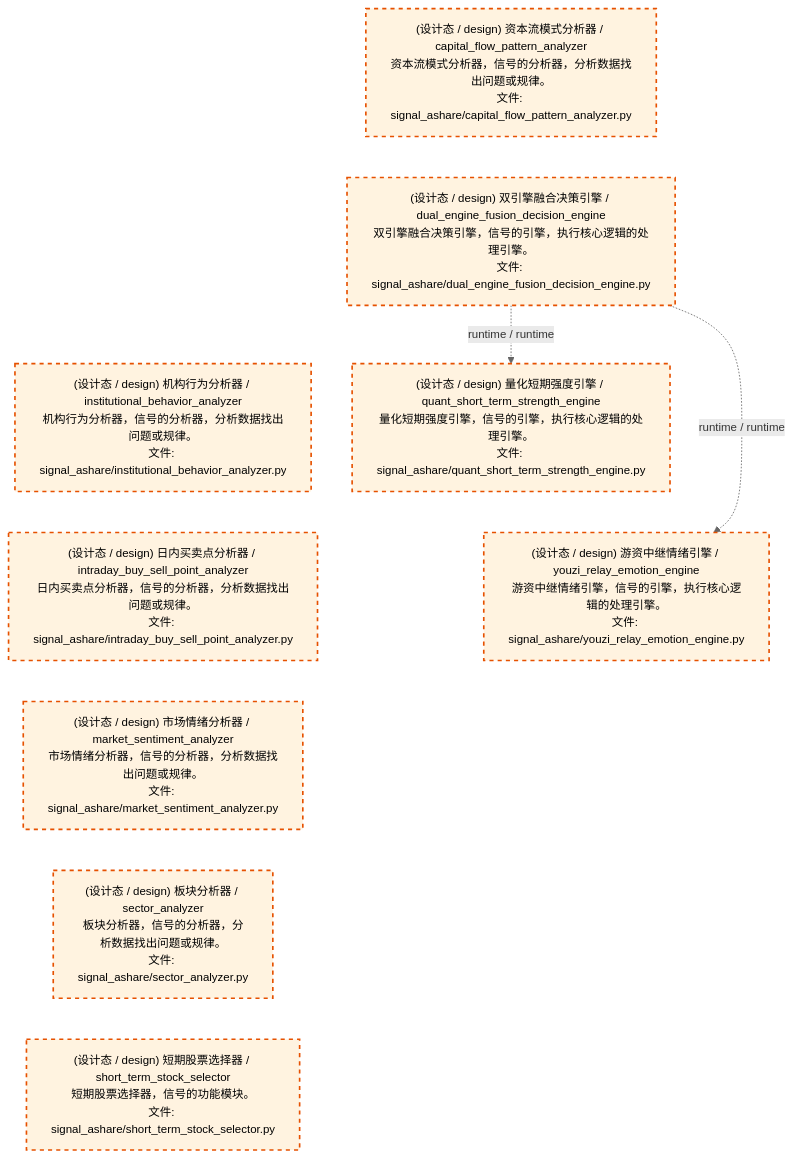
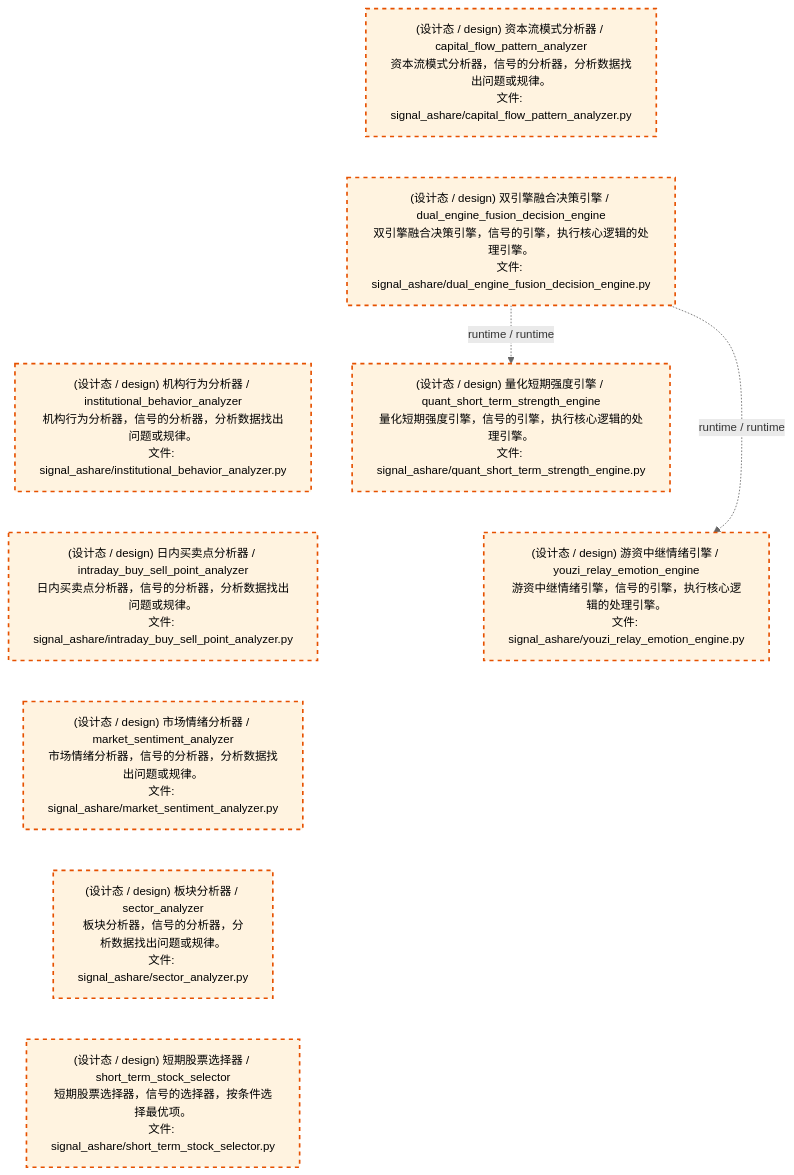
The third of 4 diagrams in docs/02_enterprise_architecture/02_domain_architecture_docs/32_d_ashare_signal.md (xuanFelixVan/ZephyrAlpha), drawn with Mermaid before and after one commit. The commit also changed other lines of this file and 50 other files, not shown here.

````diff
--- a/docs/02_enterprise_architecture/02_domain_architecture_docs/32_d_ashare_signal.md
+++ b/docs/02_enterprise_architecture/02_domain_architecture_docs/32_d_ashare_signal.md
@@ -130,27 +130,27 @@
 ```mermaid
 %%{init: {'theme': 'base', 'themeVariables': {'primaryColor': '#eaeaea', 'primaryTextColor': '#333333', 'primaryBorderColor': '#666666', 'lineColor': '#666666', 'secondaryColor': '#eaeaea', 'tertiaryColor': '#eaeaea', 'fontSize': '14px'}}}%%
 flowchart TD
     src_zephyr_signal_ashare_capital_flow_pattern_analyzer_py["(设计态 / design) 资本流模式分析器 / capital_flow_pattern_analyzer<br/>资本流模式分析器，信号的分析器，分析数据找出问题或规律。<br/>文件: signal_ashare/capital_flow_pattern_analyzer.py"]
     src_zephyr_signal_ashare_dual_engine_fusion_decision_engine_py["(设计态 / design) 双引擎融合决策引擎 / dual_engine_fusion_decision_engine<br/>双引擎融合决策引擎，信号的引擎，执行核心逻辑的处理引擎。<br/>文件: signal_ashare/dual_engine_fusion_decision_engine.py"]
     src_zephyr_signal_ashare_institutional_behavior_analyzer_py["(设计态 / design) 机构行为分析器 / institutional_behavior_analyzer<br/>机构行为分析器，信号的分析器，分析数据找出问题或规律。<br/>文件: signal_ashare/institutional_behavior_analyzer.py"]
     src_zephyr_signal_ashare_intraday_buy_sell_point_analyzer_py["(设计态 / design) 日内买卖点分析器 / intraday_buy_sell_point_analyzer<br/>日内买卖点分析器，信号的分析器，分析数据找出问题或规律。<br/>文件: signal_ashare/intraday_buy_sell_point_analyzer.py"]
     src_zephyr_signal_ashare_market_sentiment_analyzer_py["(设计态 / design) 市场情绪分析器 / market_sentiment_analyzer<br/>市场情绪分析器，信号的分析器，分析数据找出问题或规律。<br/>文件: signal_ashare/market_sentiment_analyzer.py"]
     src_zephyr_signal_ashare_sector_analyzer_py["(设计态 / design) 板块分析器 / sector_analyzer<br/>板块分析器，信号的分析器，分析数据找出问题或规律。<br/>文件: signal_ashare/sector_analyzer.py"]
-    src_zephyr_signal_ashare_short_term_stock_selector_py["(设计态 / design) 短期股票选择器 / short_term_stock_selector<br/>短期股票选择器，信号的功能模块。<br/>文件: signal_ashare/short_term_stock_selector.py"]
+    src_zephyr_signal_ashare_short_term_stock_selector_py["(设计态 / design) 短期股票选择器 / short_term_stock_selector<br/>短期股票选择器，信号的选择器，按条件选择最优项。<br/>文件: signal_ashare/short_term_stock_selector.py"]
     src_zephyr_signal_ashare_capital_flow_pattern_analyzer_py ~~~ src_zephyr_signal_ashare_dual_engine_fusion_decision_engine_py
     src_zephyr_signal_ashare_dual_engine_fusion_decision_engine_py ~~~ src_zephyr_signal_ashare_institutional_behavior_analyzer_py
     src_zephyr_signal_ashare_institutional_behavior_analyzer_py ~~~ src_zephyr_signal_ashare_intraday_buy_sell_point_analyzer_py
     src_zephyr_signal_ashare_intraday_buy_sell_point_analyzer_py ~~~ src_zephyr_signal_ashare_market_sentiment_analyzer_py
     src_zephyr_signal_ashare_market_sentiment_analyzer_py ~~~ src_zephyr_signal_ashare_sector_analyzer_py
     src_zephyr_signal_ashare_sector_analyzer_py ~~~ src_zephyr_signal_ashare_short_term_stock_selector_py
     src_zephyr_signal_ashare_quant_short_term_strength_engine_py["(设计态 / design) 量化短期强度引擎 / quant_short_term_strength_engine<br/>量化短期强度引擎，信号的引擎，执行核心逻辑的处理引擎。<br/>文件: signal_ashare/quant_short_term_strength_engine.py"]
     src_zephyr_signal_ashare_youzi_relay_emotion_engine_py["(设计态 / design) 游资中继情绪引擎 / youzi_relay_emotion_engine<br/>游资中继情绪引擎，信号的引擎，执行核心逻辑的处理引擎。<br/>文件: signal_ashare/youzi_relay_emotion_engine.py"]
     src_zephyr_signal_ashare_quant_short_term_strength_engine_py ~~~ src_zephyr_signal_ashare_youzi_relay_emotion_engine_py
     src_zephyr_signal_ashare_dual_engine_fusion_decision_engine_py -.->|runtime / runtime| src_zephyr_signal_ashare_youzi_relay_emotion_engine_py
     src_zephyr_signal_ashare_dual_engine_fusion_decision_engine_py -.->|runtime / runtime| src_zephyr_signal_ashare_quant_short_term_strength_engine_py
     classDef production fill:#e1f5fe,stroke:#01579b,stroke-width:2px,color:#000
     classDef design fill:#fff3e0,stroke:#e65100,stroke-width:2px,color:#000,stroke-dasharray: 5 5
     classDef external_prod fill:#e8f4fd,stroke:#0277bd,stroke-width:1px,color:#000
     classDef external_design fill:#fff8e7,stroke:#ef6c00,stroke-width:1px,color:#000,stroke-dasharray: 5 5
     class src_zephyr_signal_ashare_capital_flow_pattern_analyzer_py,src_zephyr_signal_ashare_dual_engine_fusion_decision_engine_py,src_zephyr_signal_ashare_institutional_behavior_analyzer_py,src_zephyr_signal_ashare_intraday_buy_sell_point_analyzer_py,src_zephyr_signal_ashare_market_sentiment_analyzer_py,src_zephyr_signal_ashare_quant_short_term_strength_engine_py,src_zephyr_signal_ashare_sector_analyzer_py,src_zephyr_signal_ashare_short_term_stock_selector_py,src_zephyr_signal_ashare_youzi_relay_emotion_engine_py design
 ```
````
